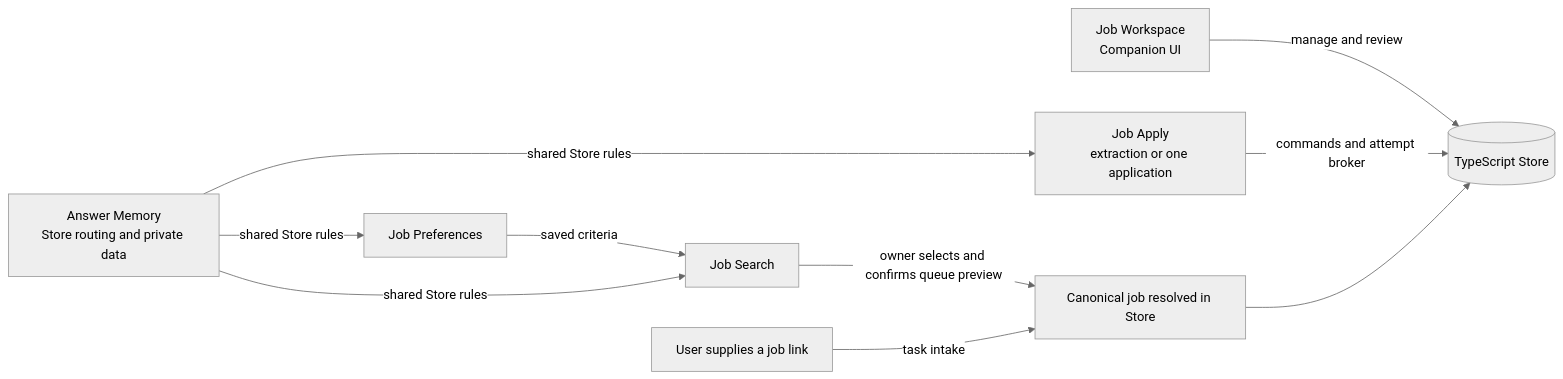
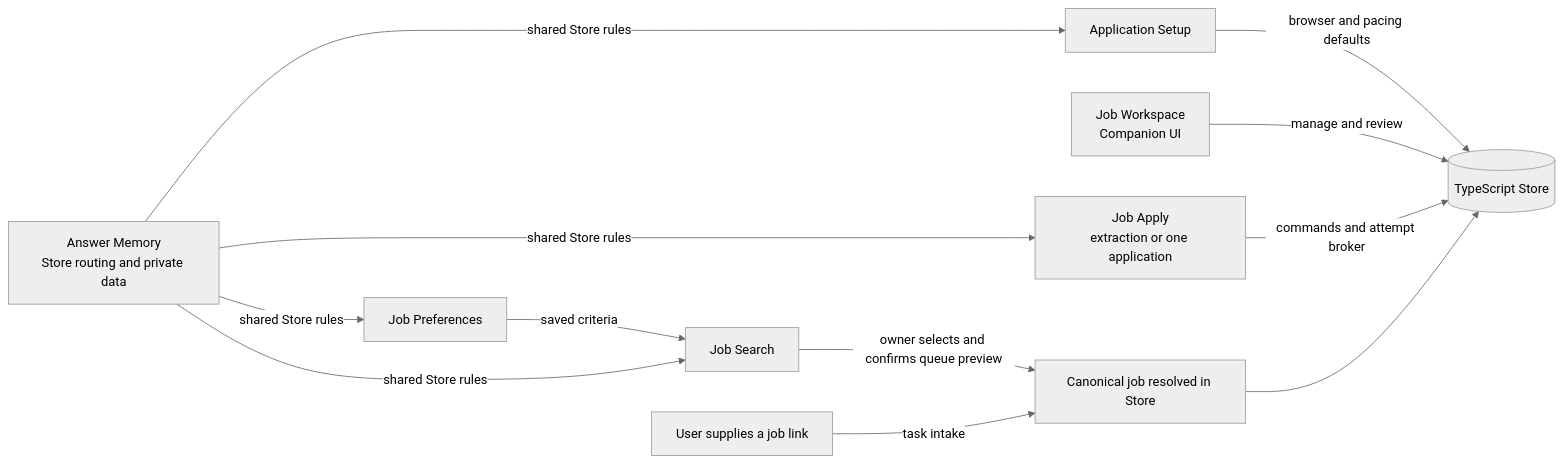
The first of 5 diagrams in skills/answer-memory/references/workflow-map.md (neonwatty/job-apply-plugin), drawn with Mermaid (neutral theme) before and after one commit. The commit also changed other lines of this file and 39 other files, not shown here.

Commit message:
Add durable application setup preferences

````diff
--- a/skills/answer-memory/references/workflow-map.md
+++ b/skills/answer-memory/references/workflow-map.md
@@ -7,13 +7,15 @@
 ```mermaid
 flowchart LR
   AM[Answer Memory<br/>Store routing and private data]
+  AS[Application Setup] -->|browser and pacing defaults| Store
   JP[Job Preferences] -->|saved criteria| JS[Job Search]
   JS -->|owner selects and confirms queue preview| Jobs[Canonical job resolved in Store]
   JW[Job Workspace<br/>Companion UI] -->|manage and review| Store[(TypeScript Store)]
   JA[Job Apply<br/>extraction or one application] -->|commands and attempt broker| Store
   AM -->|shared Store rules| JP
+  AM -->|shared Store rules| AS
   AM -->|shared Store rules| JS
   AM -->|shared Store rules| JA
   Jobs --> Store
   Direct[User supplies a job link] -->|task intake| Jobs
 ```
````
